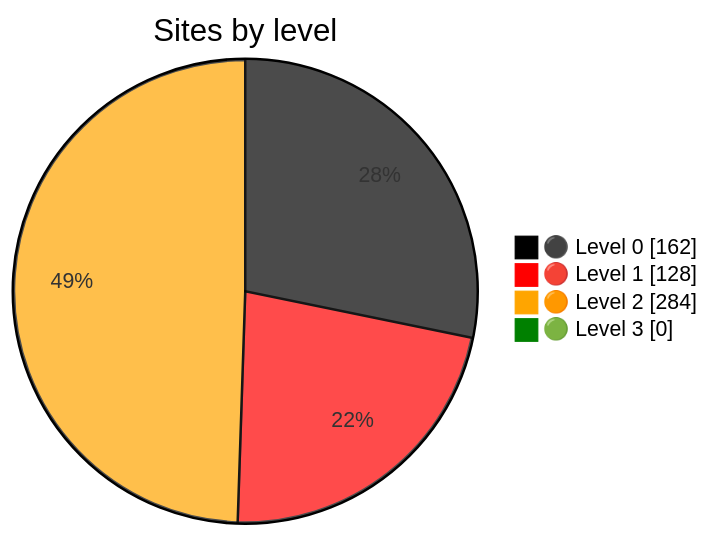
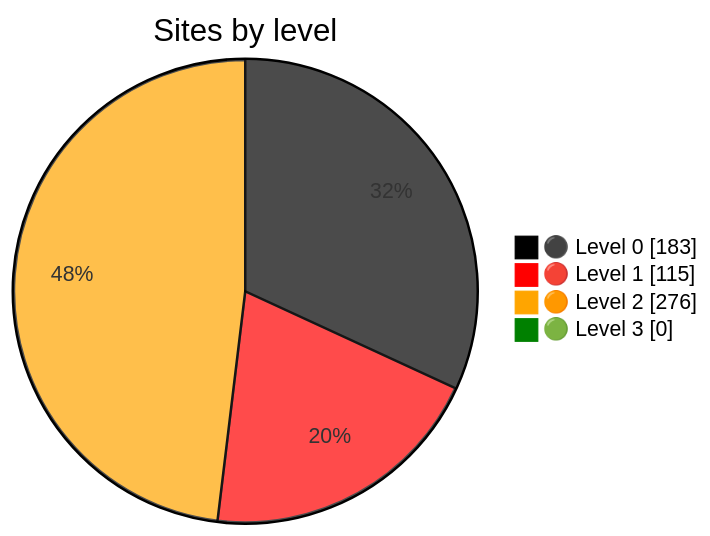
Before and after one commit to Dushmilan/gov_lk_web_auditor: the diagram in README.md, drawn with Mermaid. The commit also changed other lines of this file and 2628 other files, not shown here.

````diff
--- a/README.md
+++ b/README.md
@@ -24,9 +24,9 @@
 ```mermaid
 %%{init: {"themeVariables":{"pie1":"black","pie2":"red","pie3":"orange","pie4":"green"}}}%%
 pie showData
     title Sites by level
-    "⚫ Level 0" : 162
-    "🔴 Level 1" : 128
-    "🟠 Level 2" : 284
+    "⚫ Level 0" : 183
+    "🔴 Level 1" : 115
+    "🟠 Level 2" : 276
     "🟢 Level 3" : 0
 ```
````
